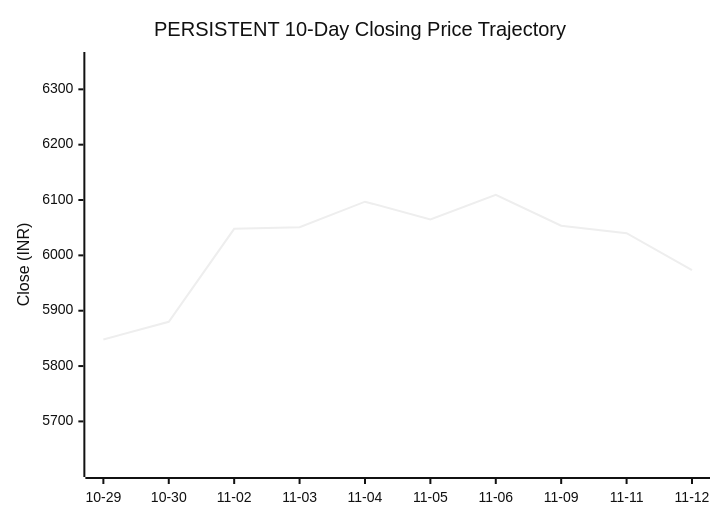
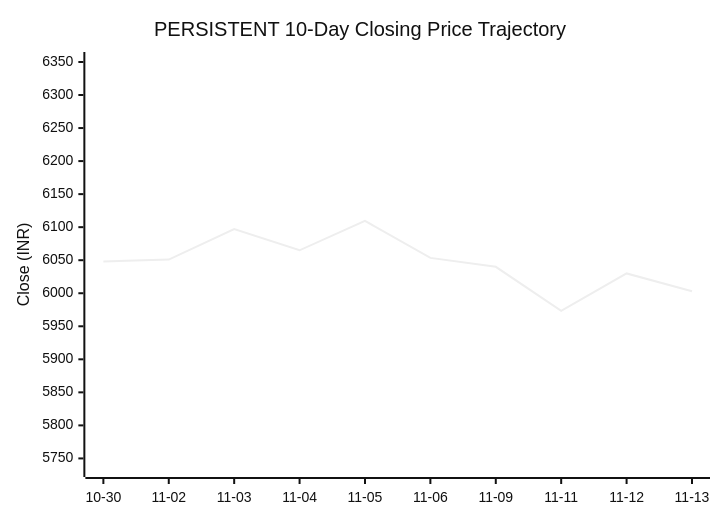
The second of 3 diagrams in market-intelligence/stocks/PERSISTENT/latest.md (purnareddy9/dev), drawn with Mermaid (neutral theme) before and after one commit. The commit also changed other lines of this file and 4 other files, not shown here.

````diff
--- a/market-intelligence/stocks/PERSISTENT/latest.md
+++ b/market-intelligence/stocks/PERSISTENT/latest.md
@@ -95,7 +95,7 @@
 ```mermaid
 xychart-beta
     title "PERSISTENT 10-Day Closing Price Trajectory"
-    x-axis ["10-29", "10-30", "11-02", "11-03", "11-04", "11-05", "11-06", "11-09", "11-11", "11-12"]
-    y-axis "Close (INR)" 5614 --> 6353
-    line [5848.0, 5880.0, 6048.0, 6051.0, 6097.0, 6065.0, 6109.5, 6053.5, 6040.0, 5973.5]
+    x-axis ["10-30", "11-02", "11-03", "11-04", "11-05", "11-06", "11-09", "11-11", "11-12", "11-13"]
+    y-axis "Close (INR)" 5734 --> 6353
+    line [6048.0, 6051.0, 6097.0, 6065.0, 6109.5, 6053.5, 6040.0, 5973.5, 6030.0, 6003.0]
 ```
````
